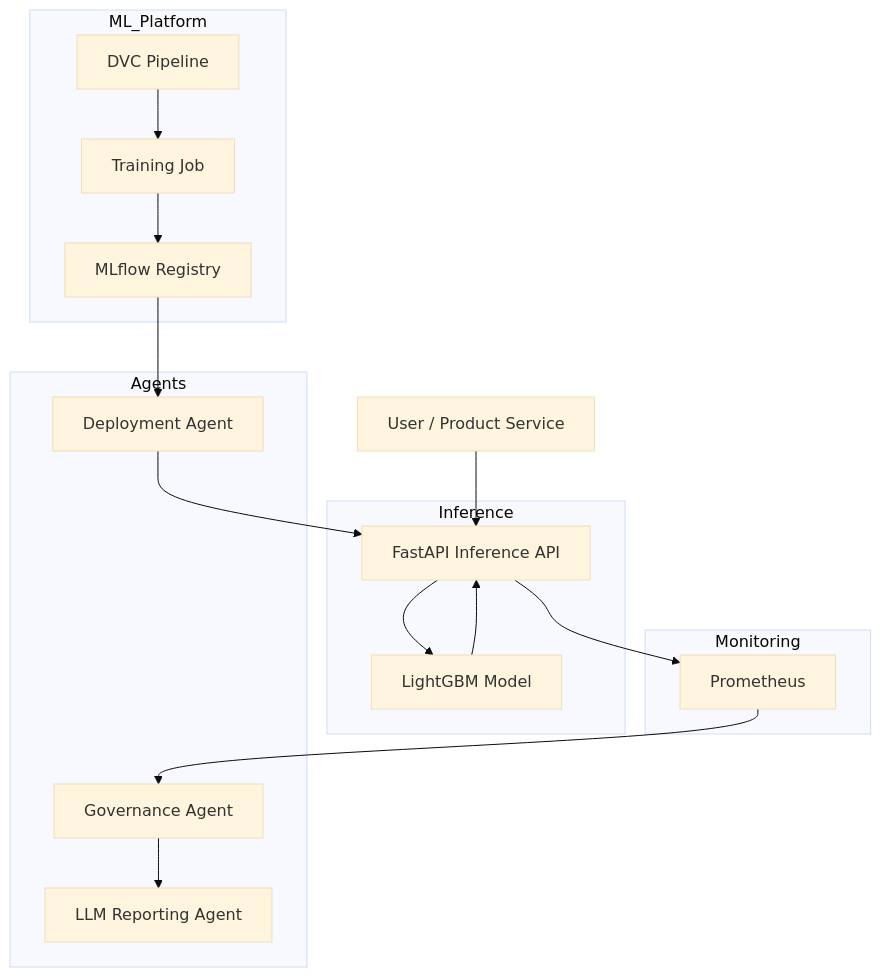
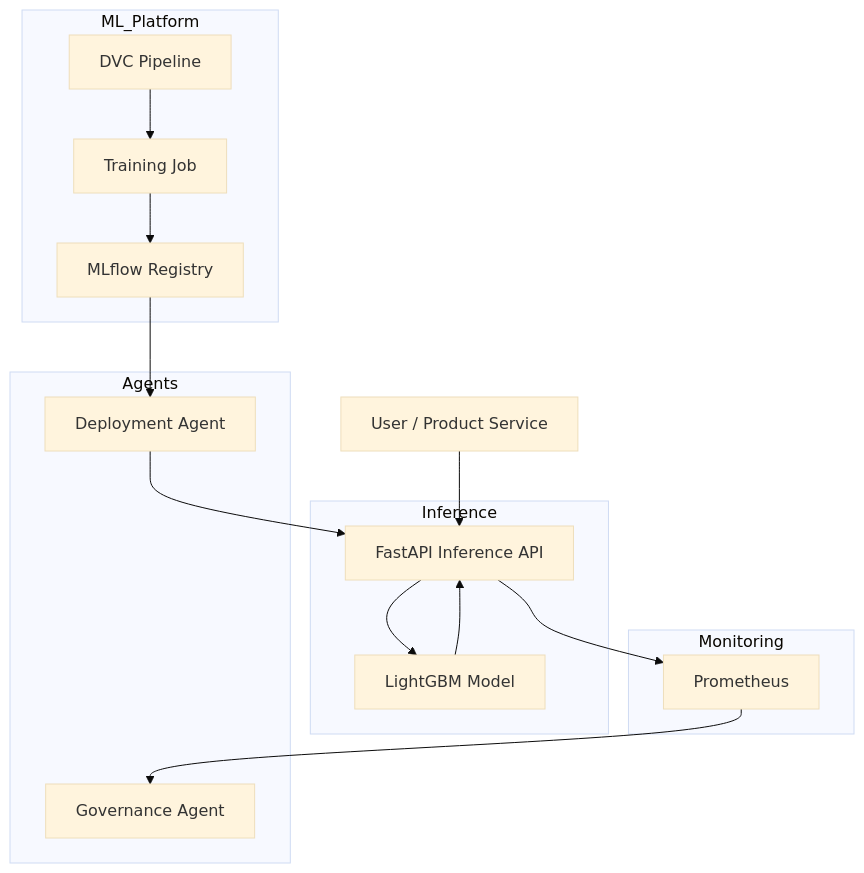
The first of 3 diagrams in README.md (akashagalave/AutoML-Brain), drawn with Mermaid (base theme) before and after one commit. The commit also changed other lines of this file, not shown here.

First line of the commit message:
Update README to remove LLM references

````diff
--- a/README.md
+++ b/README.md
@@ -68,39 +68,37 @@
 ```mermaid
 flowchart TD
     Client[User / Product Service]
 
     subgraph Inference
         API[FastAPI Inference API]
         Model[LightGBM Model]
     end
 
     subgraph ML_Platform
         DVC[DVC Pipeline]
         Train[Training Job]
         MLflow[MLflow Registry]
     end
 
     subgraph Monitoring
         Prom[Prometheus]
     end
 
     subgraph Agents
         Deploy[Deployment Agent]
         Gov[Governance Agent]
-        LLM[LLM Reporting Agent]
     end
 
     Client --> API
     API --> Model
     Model --> API
 
     API --> Prom
     Prom --> Gov
 
     DVC --> Train
     Train --> MLflow
     MLflow --> Deploy
     Deploy --> API
 
-    Gov --> LLM
 ```
````
